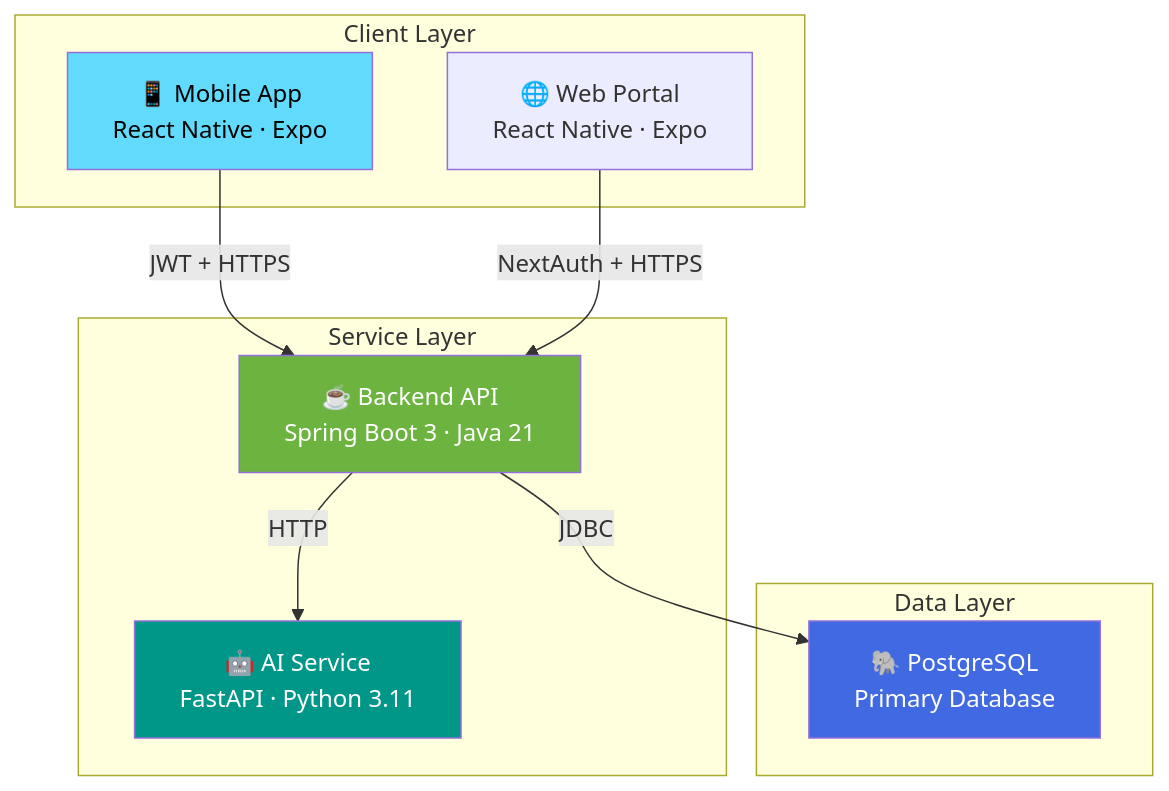
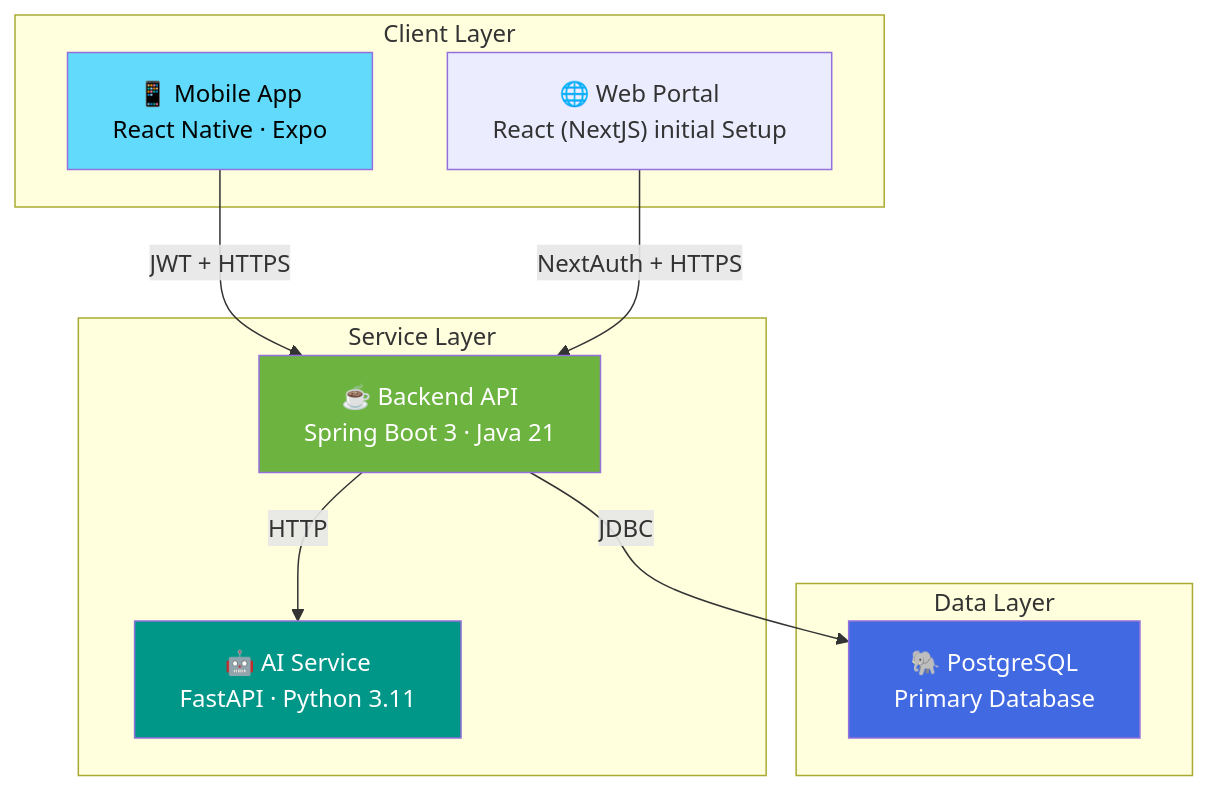
The second of 6 diagrams in docs/architecture.md (mirzahussnain/nexus-platform), drawn with Mermaid before and after one commit. The commit also changed other lines of this file, not shown here.

Commit message:
Update web portal description in architecture.md

````diff
--- a/docs/architecture.md
+++ b/docs/architecture.md
@@ -68,26 +68,26 @@
 ```mermaid
 graph TB
     subgraph Client["Client Layer"]
         MA["📱 Mobile App<br/>React Native · Expo"]
-        WA["🌐 Web Portal<br/>React Native · Expo"]
+        WA["🌐 Web Portal<br/>React (NextJS) initial Setup"]
     end
 
     subgraph Services["Service Layer"]
         BE["☕ Backend API<br/>Spring Boot 3 · Java 21"]
         AI["🤖 AI Service<br/>FastAPI · Python 3.11"]
     end
 
     subgraph Data["Data Layer"]
         PG["🐘 PostgreSQL<br/>Primary Database"]
     end
 
     MA -->|JWT + HTTPS| BE
     WA -->|NextAuth + HTTPS| BE
     BE -->|HTTP| AI
     BE -->|JDBC| PG
 
     style MA fill:#61DAFB,color:#000
     style BE fill:#6DB33F,color:#fff
     style AI fill:#009688,color:#fff
     style PG fill:#4169E1,color:#fff
 ```
````
